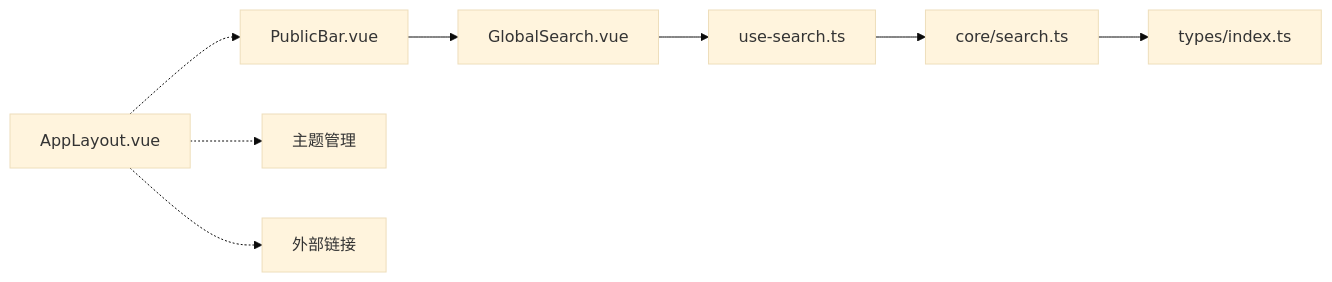
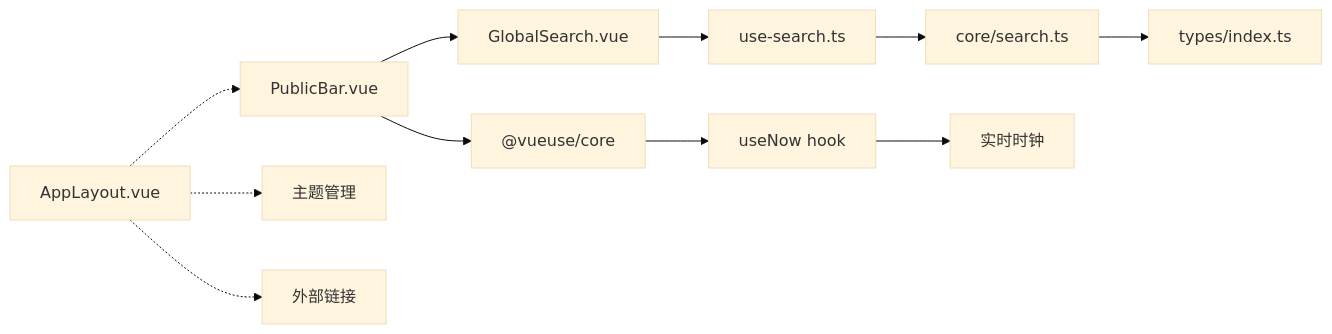
One commit to taoweidong/Hello-Tauri changed the seventh of 7 diagrams in .qoder/repowiki/zh/content/用户界面/核心组件/公共栏组件.md. Above: the diagram before and after it, drawn with Mermaid (base theme). The commit also changed other lines of this file and 119 other files, not shown here.

````diff
--- a/.qoder/repowiki/zh/content/用户界面/核心组件/公共栏组件.md
+++ b/.qoder/repowiki/zh/content/用户界面/核心组件/公共栏组件.md
@@ -269,10 +292,13 @@
 ```mermaid
 graph LR
 PB["PublicBar.vue"] --> GLS["GlobalSearch.vue"]
+PB --> VU["@vueuse/core"]
 GLS --> US["use-search.ts"]
 US --> SRCH["core/search.ts"]
 SRCH --> TY["types/index.ts"]
 AL["AppLayout.vue"] -.-> PB
 AL -.-> THM["主题管理"]
 AL -.-> EXT["外部链接"]
+VU --> NOW["useNow hook"]
+NOW --> CLK["实时时钟"]
 ```
````
